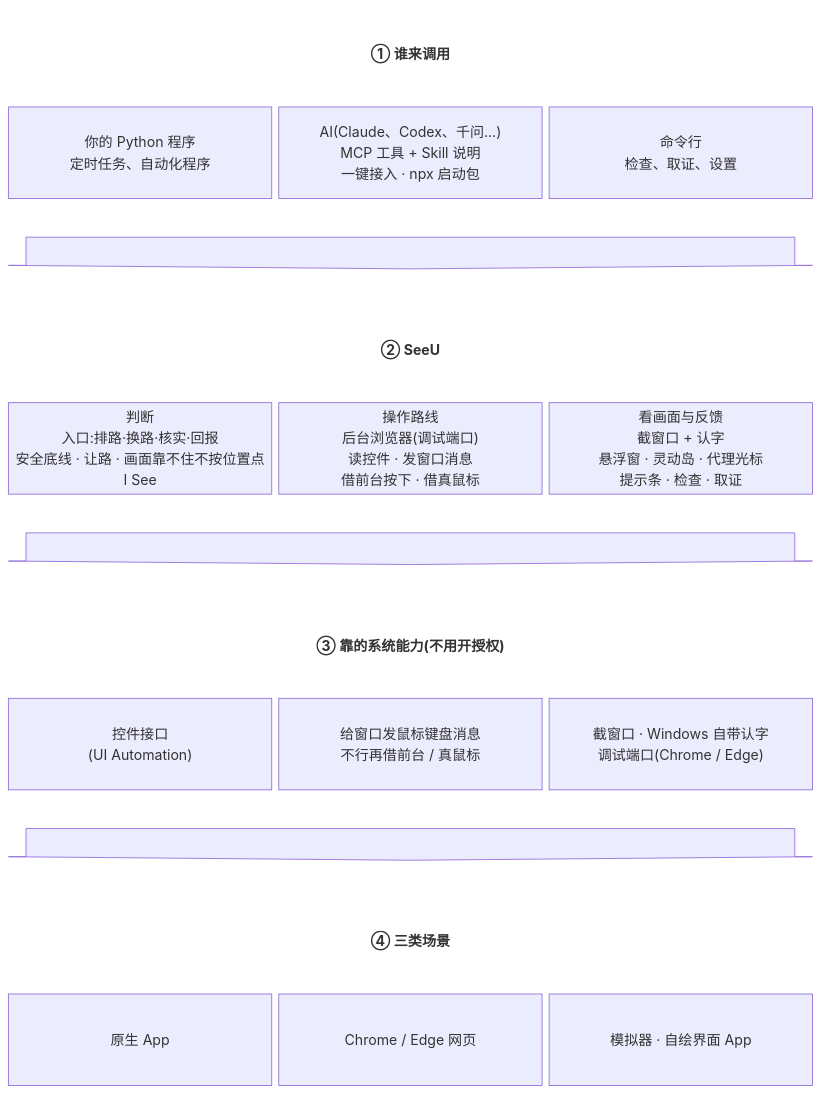
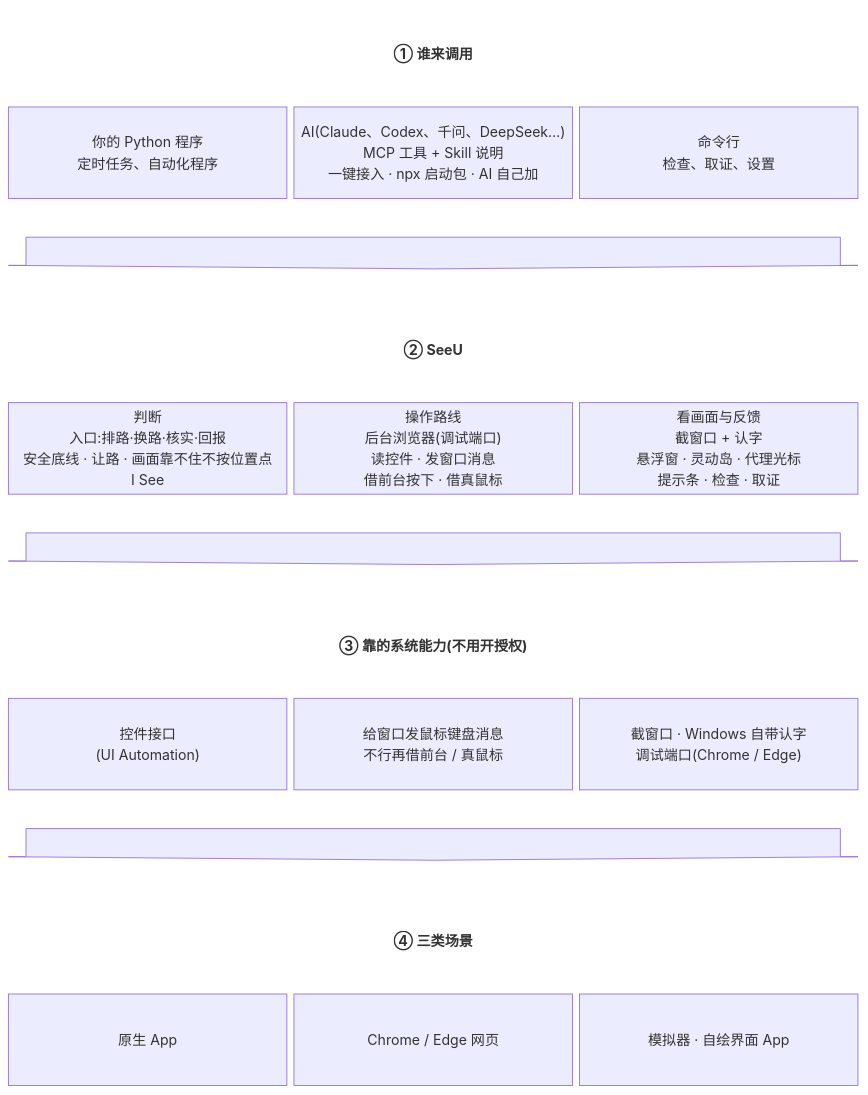
One commit to Mr-Bingoo/seeu-computeruse changed the second of 16 diagrams in docs/SeeU-业务图.zh-CN.md. Above: the diagram before and after it, drawn with Mermaid. The commit also changed other lines of this file and 41 other files, not shown here.

````diff
--- a/docs/SeeU-业务图.zh-CN.md
+++ b/docs/SeeU-业务图.zh-CN.md
@@ -42,23 +42,23 @@
 ```mermaid
 block-beta
   columns 6
   H1["① 谁来调用"]:6
   U1["你的 Python 程序<br/>定时任务、自动化程序"]:2
-  U2["AI(Claude、Codex、千问…)<br/>MCP 工具 + Skill 说明<br/>一键接入 · npx 启动包"]:2
+  U2["AI(Claude、Codex、千问、DeepSeek…)<br/>MCP 工具 + Skill 说明<br/>一键接入 · npx 启动包 · AI 自己加"]:2
   U3["命令行<br/>检查、取证、设置"]:2
   D1<["&nbsp;"]>(down):6
   H2["② SeeU"]:6
   J["判断<br/>入口:排路·换路·核实·回报<br/>安全底线 · 让路 · 画面靠不住不按位置点<br/>I See"]:2
   R["操作路线<br/>后台浏览器(调试端口)<br/>读控件 · 发窗口消息<br/>借前台按下 · 借真鼠标"]:2
   FB["看画面与反馈<br/>截窗口 + 认字<br/>悬浮窗 · 灵动岛 · 代理光标<br/>提示条 · 检查 · 取证"]:2
   D2<["&nbsp;"]>(down):6
   H3["③ 靠的系统能力(不用开授权)"]:6
   P1["控件接口<br/>(UI Automation)"]:2
   P3["给窗口发鼠标键盘消息<br/>不行再借前台 / 真鼠标"]:2
   P4["截窗口 · Windows 自带认字<br/>调试端口(Chrome / Edge)"]:2
   D3<["&nbsp;"]>(down):6
   H4["④ 三类场景"]:6
   A1["原生 App"]:2 A2["Chrome / Edge 网页"]:2 A3["模拟器 · 自绘界面 App"]:2
   classDef head fill:none,stroke:none,font-weight:bold
   class H1,H2,H3,H4 head
 ```
````
